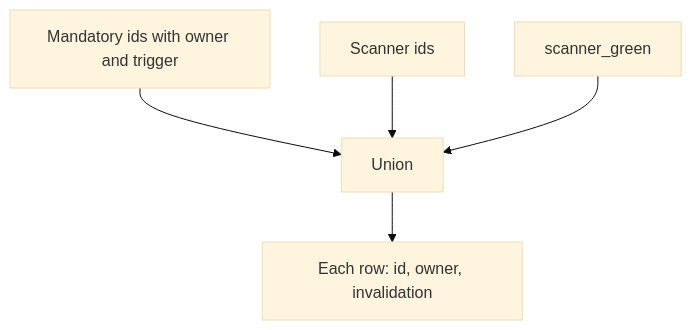
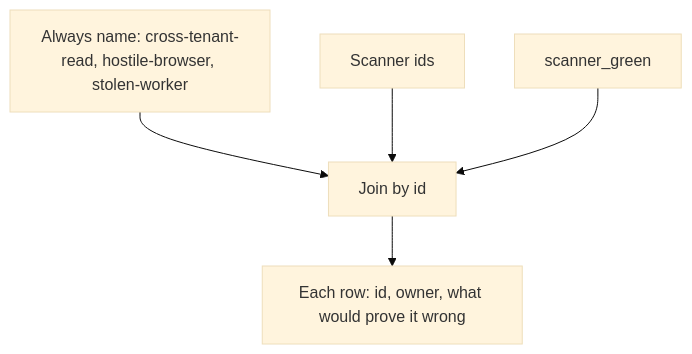
Before and after one commit to ishitvagoel/LearnSecurity: the second of 2 diagrams in content/modules/3/3.2/lessons/02-model.md, drawn with Mermaid (base theme). The commit also changed other lines of this file and 31 other files, not shown here.

````diff
--- a/content/modules/3/3.2/lessons/02-model.md
+++ b/content/modules/3/3.2/lessons/02-model.md
@@ -27,7 +26,7 @@
 ```mermaid
 flowchart TD
-  Seed["Mandatory ids with owner and trigger"] --> Union[Union]
+  Seed["Always name: cross-tenant-read, hostile-browser, stolen-worker"] --> Union[Join by id]
   ScanFind["Scanner ids"] --> Union
-  Union --> Row["Each row: id, owner, invalidation"]
+  Union --> Row["Each row: id, owner, what would prove it wrong"]
   Green["scanner_green"] --> Union
 ```
````
